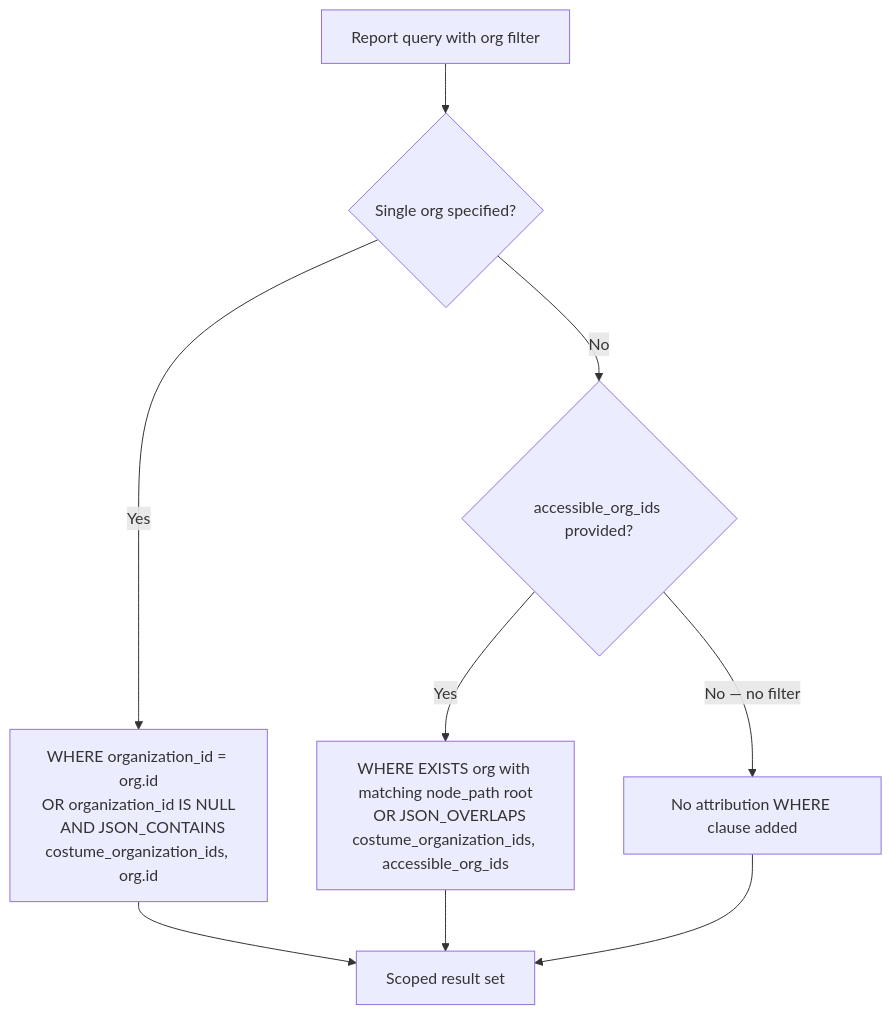
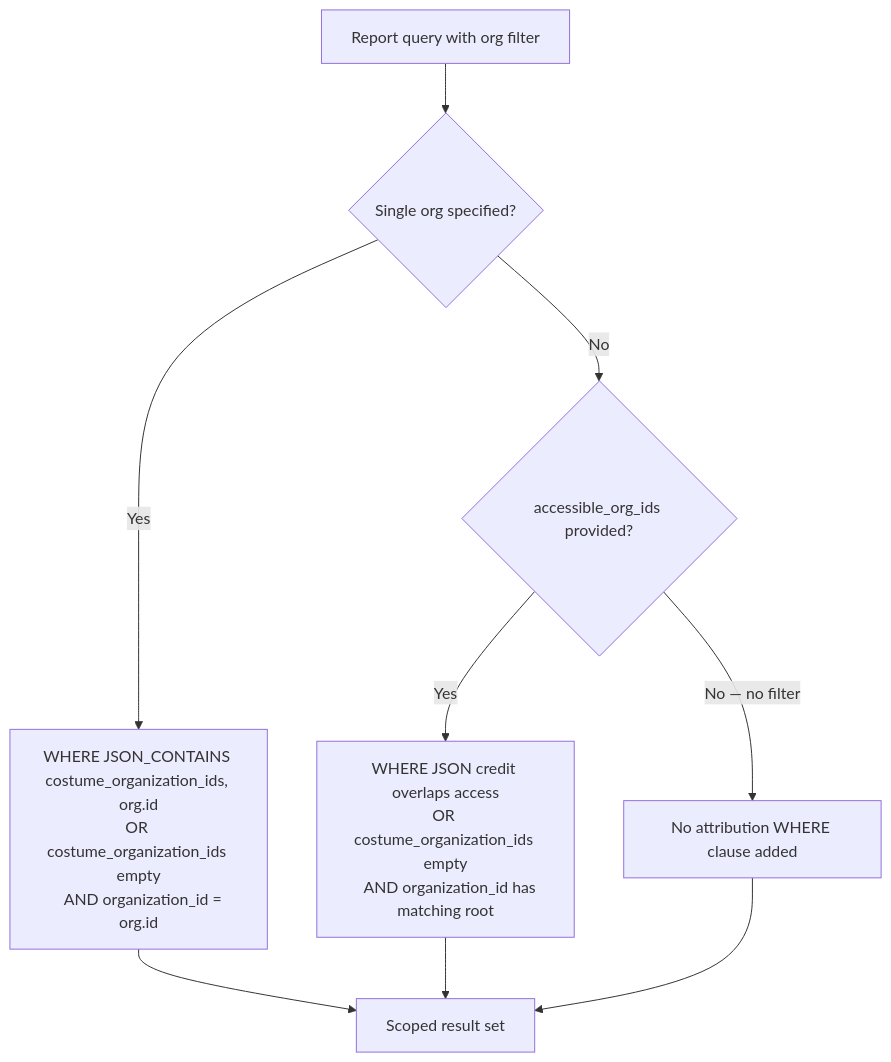
The sixth of 6 diagrams in docs/TROOP_CREDIT.md (obsidianslicers/trooper-tracker), drawn with Mermaid before and after one commit. The commit also changed other lines of this file and 38 other files, not shown here.

````diff
--- a/docs/TROOP_CREDIT.md
+++ b/docs/TROOP_CREDIT.md
@@ -147,11 +144,11 @@
 ```mermaid
 flowchart TD
     A[Report query with org filter] --> B{Single org specified?}
-    B -->|Yes| C[WHERE organization_id = org.id\nOR organization_id IS NULL\n   AND JSON_CONTAINS costume_organization_ids, org.id]
+    B -->|Yes| C[WHERE JSON_CONTAINS costume_organization_ids, org.id\nOR costume_organization_ids empty\n   AND organization_id = org.id]
     B -->|No| D{accessible_org_ids provided?}
-    D -->|Yes| E[WHERE EXISTS org with matching node_path root\n   OR JSON_OVERLAPS costume_organization_ids, accessible_org_ids]
+    D -->|Yes| E[WHERE JSON credit overlaps access\nOR costume_organization_ids empty\n   AND organization_id has matching root]
     D -->|No — no filter| F[No attribution WHERE clause added]
     C --> G[Scoped result set]
     E --> G
     F --> G
 ```
````
